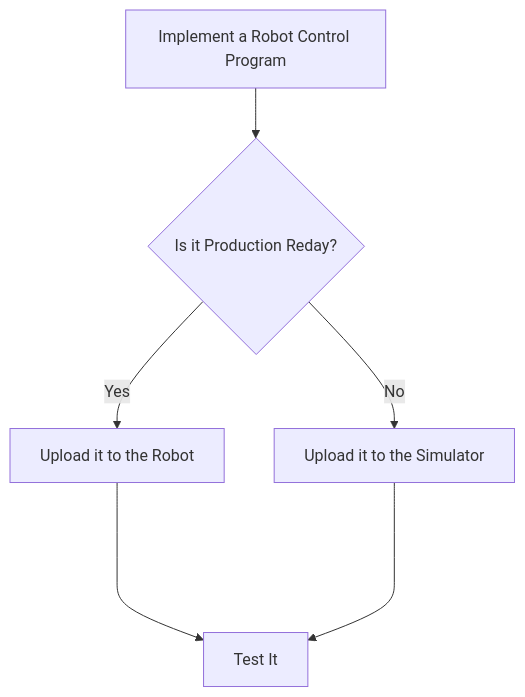
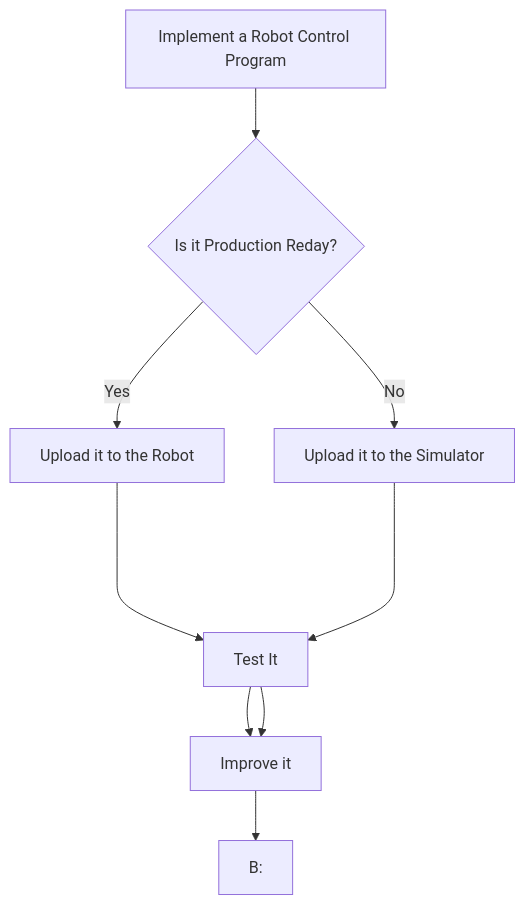
The diagram in README.md (SAHOWI/learning-robotics), drawn with Mermaid before and after one commit.

Commit message:
Add a loop (first try)

````diff
--- a/README.md
+++ b/README.md
@@ -7,8 +7,9 @@
 ```mermaid
   flowchart TD;
   A[Implement a Robot Control Program] --> B{Is it Production Reday?};
   B -- Yes --> C[Upload it to the Robot];
   B -- No --> D[Upload it to the Simulator]
-  C ----> E[Test It];
-  D ----> E[Test It];
+  C ----> E[Test It] --> F;
+  D ----> E[Test It] --> F;
+  F[Improve it] --> B:
 ```
````
